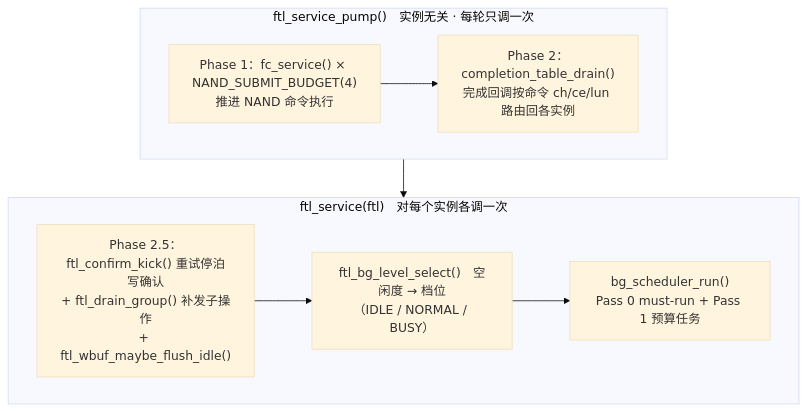
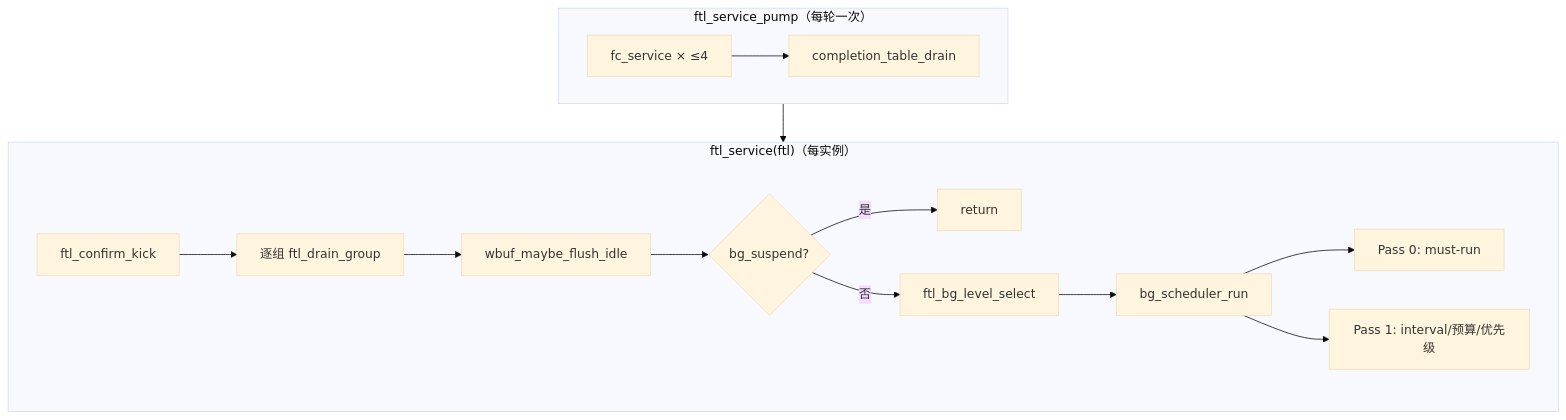
Diagram 16 of 28 in docs/design/ftl_design.md (YzYMIAO/BASESSD), drawn with Mermaid (base theme) before and after one commit. The commit also changed other lines of this file and 4 other files, not shown here.

````diff
--- a/docs/design/ftl_design.md
+++ b/docs/design/ftl_design.md
@@ -3822,15 +2296,17 @@
 ```mermaid
 flowchart TB
-    subgraph pump["ftl_service_pump()　实例无关 · 每轮只调一次"]
-        P1["Phase 1：fc_service() × NAND_SUBMIT_BUDGET(4)<br/>推进 NAND 命令执行"]
-        P2["Phase 2：completion_table_drain()<br/>完成回调按命令 ch/ce/lun 路由回各实例"]
-        P1 --> P2
+    subgraph PUMP["ftl_service_pump（每轮一次）"]
+        P1["fc_service × ≤4"] --> P2["completion_table_drain"]
     end
-    subgraph svc["ftl_service(ftl)　对每个实例各调一次"]
-        P25["Phase 2.5：ftl_confirm_kick() 重试停泊写确认<br/>+ ftl_drain_group() 补发子操作<br/>+ ftl_wbuf_maybe_flush_idle()"]
-        SEL["ftl_bg_level_select()　空闲度 → 档位<br/>（IDLE / NORMAL / BUSY）"]
-        RUN["bg_scheduler_run()<br/>Pass 0 must-run + Pass 1 预算任务"]
-        P25 --> SEL --> RUN
+    subgraph SVC["ftl_service(ftl)（每实例）"]
+        S1["ftl_confirm_kick"] --> S2["逐组 ftl_drain_group"]
+        S2 --> S3["wbuf_maybe_flush_idle"]
+        S3 --> S4{"bg_suspend?"}
+        S4 -- "是" --> S5["return"]
+        S4 -- "否" --> S6["ftl_bg_level_select"]
+        S6 --> S7["bg_scheduler_run"]
+        S7 --> S8["Pass 0: must-run"]
+        S7 --> S9["Pass 1: interval/预算/优先级"]
     end
-    pump --> svc
+    PUMP --> SVC
 ```
````
